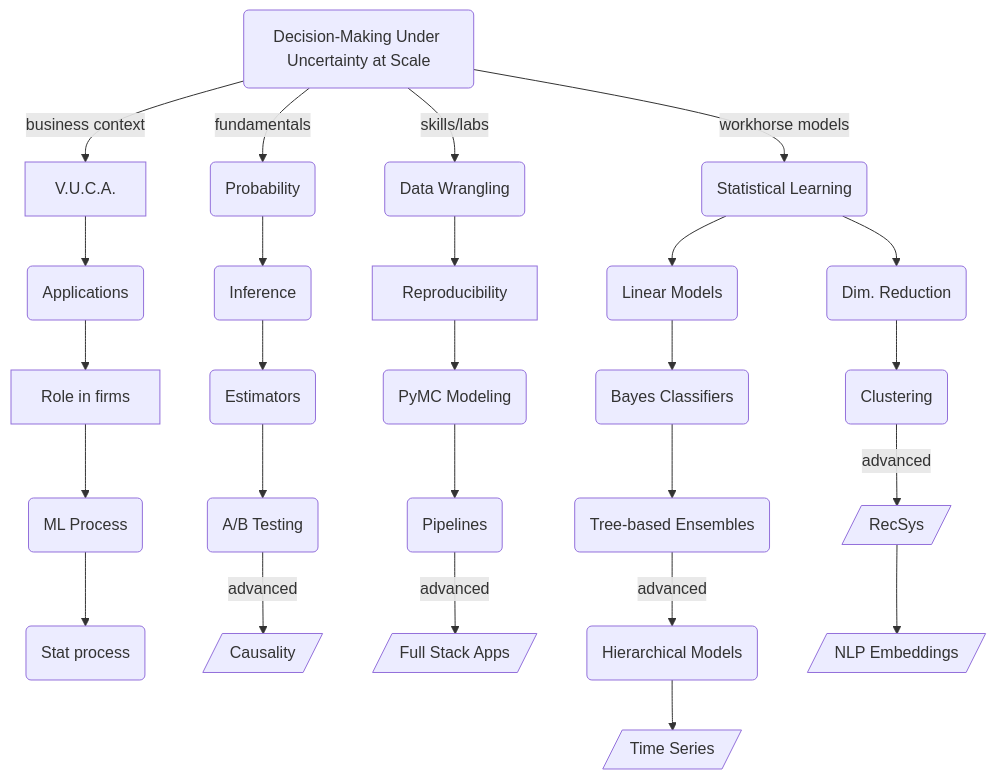
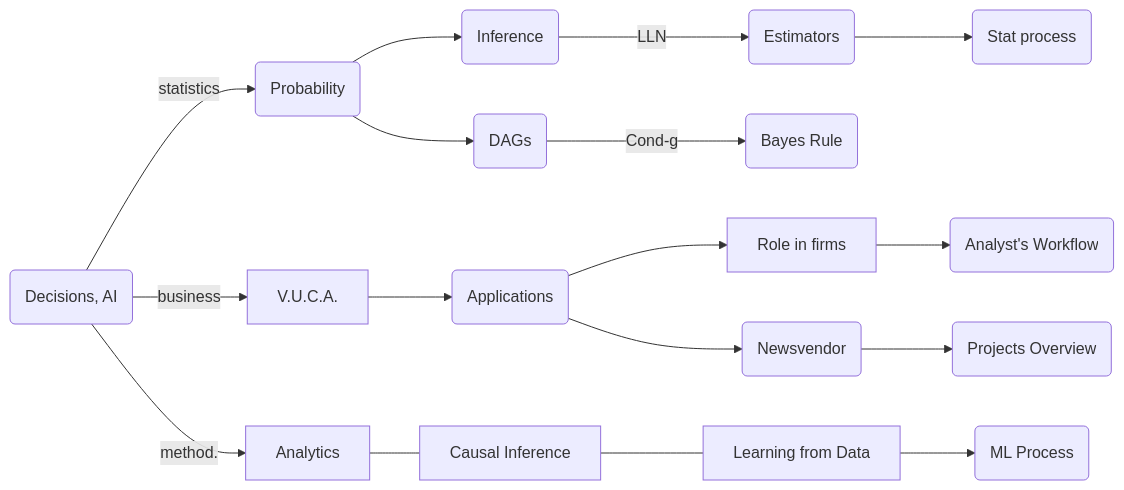
Before and after one commit to Bizovi/decision-making-website: the first of 4 diagrams in course_book/roadmap.qmd, drawn with Mermaid. The commit also changed other lines of this file, not shown here.

Commit message:
Roadmap diagrams for each module

````diff
--- a/course_book/roadmap.qmd
+++ b/course_book/roadmap.qmd
@@ -45,19 +61,22 @@
 ```{mermaid}
 %%| label: fig-mermaid
 %%| fig-width: 9
 %%| fig-cap: |
-%%|   Don't let the sheer diversity and breadth of topics intimidate you, 
-%%|   as we'll go step by step through each aspect, explaining the why and how.
-%%|   In one way or another, there is little you haven't seen here, however the way
-%%|   we tie it all together IS challenging.
+%%|   The first module is putting the rest of the course on a solid foundation, emphasizing again and again the key idea of Decision-Making Under Uncertainty at Scale.
 
-flowchart TD
-  DSc(Decision-Making Under Uncertainty at Scale) -- fundamentals  --> Prob(Probability)
-  DSc -- business context  --> VUCA[V.U.C.A.] --> App(Applications) --> R[Role in firms] --> PML(ML Process) --> PS(Stat process)
-  Prob(Probability) -->  Boot(Inference) --> Es(Estimators) --> AB(A/B Testing) -- advanced --> ExpD[/Causality/]
+flowchart LR
+  Prob(Probability) --> Boot(Inference) -- LLN --> Es(Estimators)  --> PS(Stat process)
+  Prob -->  Cond(DAGs) -- Cond-g -->  Bayes(Bayes Rule)
 
-  DSc -- skills/labs  --> Data(Data Wrangling)  --> Repr[Reproducibility] --> Pymc(PyMC Modeling) --> Pipe(Pipelines) -- advanced --> FS[/Full Stack Apps/]
-  ML -->  GLM(Linear Models) --> Class(Bayes Classifiers)  --> T(Tree-based Ensembles) -- advanced --> Caus(Hierarchical Models) --> Misc[/Time Series/]
+  DSc(Decisions, AI) -- statistics  --> Prob(Probability)
+  DSc -- business  --> VUCA[V.U.C.A.] --> App(Applications) --> R[Role in firms] 
 
-  DSc -- workhorse models  --> ML(Statistical Learning) --> Unsup(Dim. Reduction) --> Clust(Clustering) -- advanced --> RS[/RecSys/] --> Text[/NLP Embeddings/]
+
+  R --> BAW(Analyst's Workflow)
+
+  DSc -- method. --> A[Analytics] --- Caus[Causal Inference] --- ML[Learning from Data]
+  ML --> PML(ML Process)
+
+  App --> NV(Newsvendor) --> Proj(Projects Overview)
+
 ```
````
